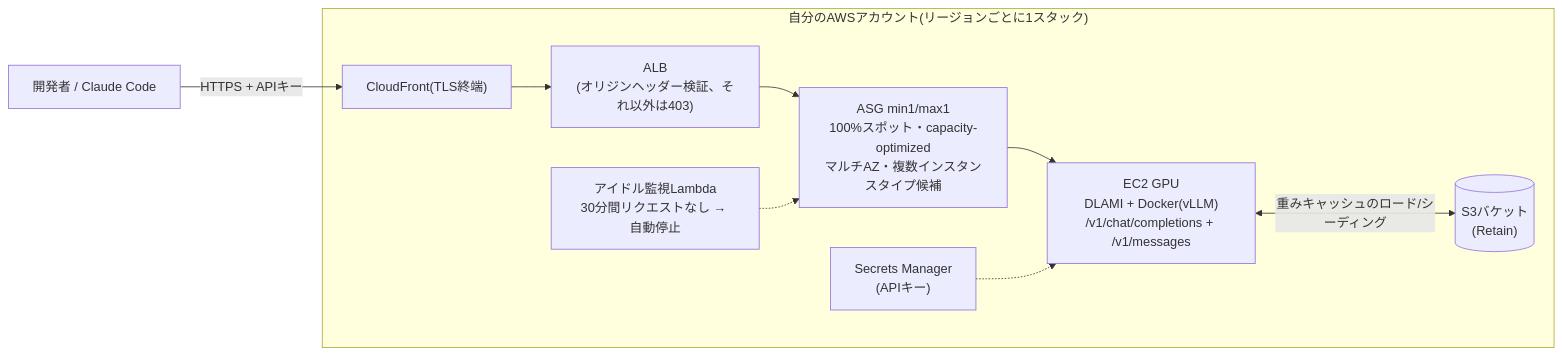
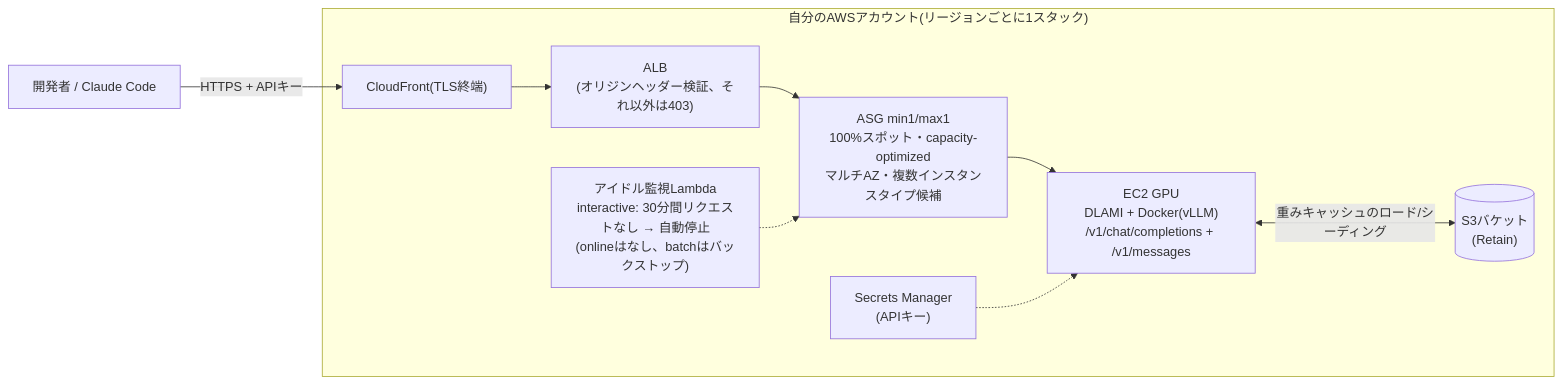
One commit to roboco-io/token-forge changed the diagram in README.ja.md. Above: the diagram before and after it, drawn with Mermaid. The commit also changed other lines of this file and 5 other files, not shown here.

````diff
--- a/README.ja.md
+++ b/README.ja.md
@@ -74,12 +77,12 @@
 ```mermaid
 flowchart LR
     U["開発者 / Claude Code"] -- "HTTPS + APIキー" --> CF
     subgraph AWS["自分のAWSアカウント(リージョンごとに1スタック)"]
         CF["CloudFront(TLS終端)"] --> ALB["ALB<br/>(オリジンヘッダー検証、それ以外は403)"]
         ALB --> ASG["ASG min1/max1<br/>100%スポット・capacity-optimized<br/>マルチAZ・複数インスタンスタイプ候補"]
         ASG --> EC2["EC2 GPU<br/>DLAMI + Docker(vLLM)<br/>/v1/chat/completions + /v1/messages"]
         EC2 <-- "重みキャッシュのロード/シーディング" --> S3[("S3バケット<br/>(Retain)")]
         SM["Secrets Manager<br/>(APIキー)"] -.-> EC2
-        IDLE["アイドル監視Lambda<br/>30分間リクエストなし → 自動停止"] -.-> ASG
+        IDLE["アイドル監視Lambda<br/>interactive: 30分間リクエストなし → 自動停止<br/>(onlineはなし、batchはバックストップ)"] -.-> ASG
     end
 ```
````
